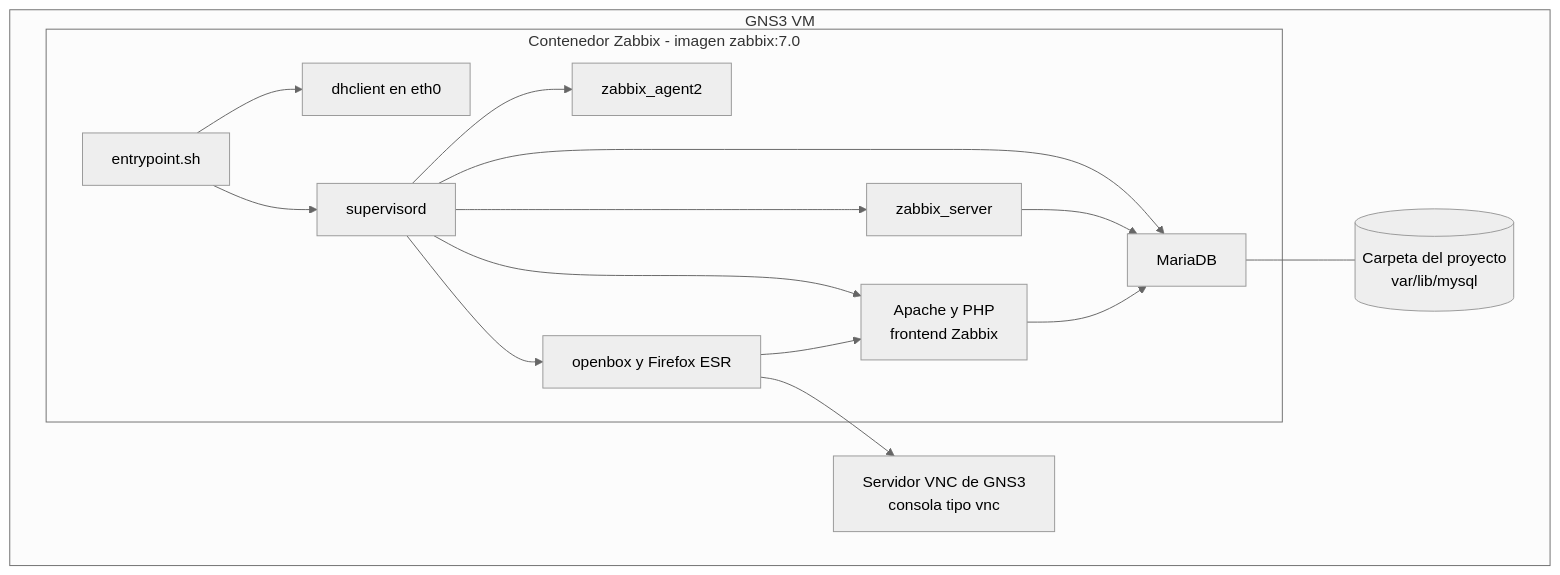
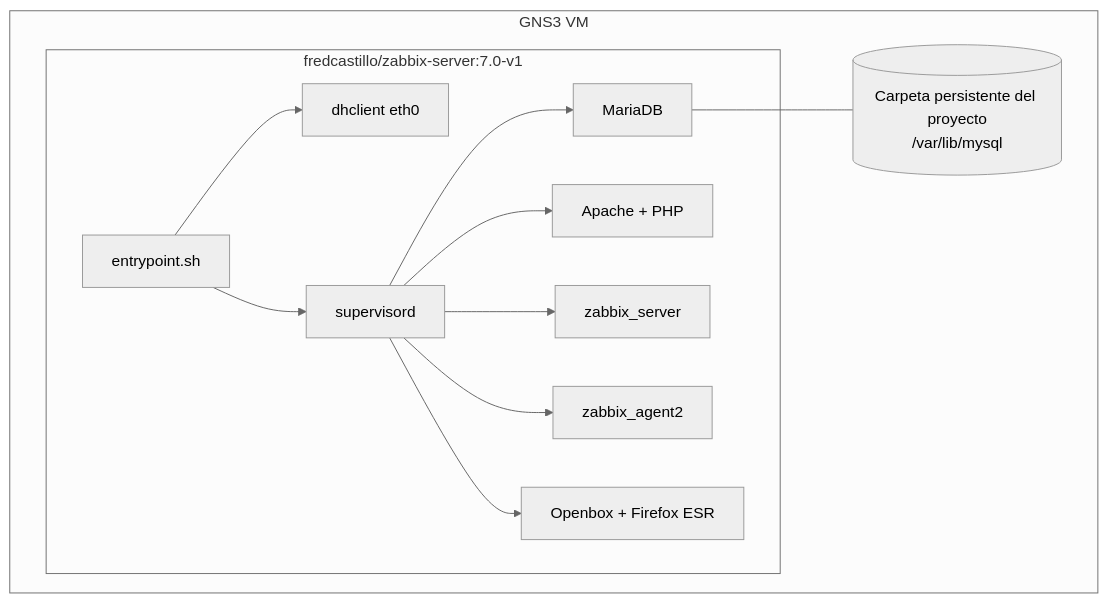
The fourth of 4 diagrams in docs/01-arquitectura.md (fredcastillo/Zabbix-SNMP-Network-Monitoring-Lab), drawn with Mermaid (neutral theme) before and after one commit. The commit also changed other lines of this file and 20 other files, not shown here.

````diff
--- a/docs/01-arquitectura.md
+++ b/docs/01-arquitectura.md
@@ -82,29 +78,24 @@
 ```mermaid
 graph TB
     subgraph GNS3["GNS3 VM"]
-        VNC["Servidor VNC de GNS3<br/>consola tipo vnc"]
-        VOL[("Carpeta del proyecto<br/>var/lib/mysql")]
-        subgraph C["Contenedor Zabbix - imagen zabbix:7.0"]
+        VOL[("Carpeta persistente del proyecto<br/>/var/lib/mysql")]
+        subgraph C["fredcastillo/zabbix-server:7.0-v1"]
             ENT["entrypoint.sh"]
             SUP["supervisord"]
             DB["MariaDB"]
-            WEB["Apache y PHP<br/>frontend Zabbix"]
+            WEB["Apache + PHP"]
             ZS["zabbix_server"]
             ZA["zabbix_agent2"]
-            GUI["openbox y Firefox ESR"]
-            DHC["dhclient en eth0"]
+            GUI["Openbox + Firefox ESR"]
+            DHCP["dhclient eth0"]
         end
     end
-    ENT --> DHC
+    ENT --> DHCP
     ENT --> SUP
     SUP --> DB
     SUP --> WEB
     SUP --> ZS
     SUP --> ZA
     SUP --> GUI
-    ZS --> DB
-    WEB --> DB
-    GUI --> WEB
-    GUI --> VNC
     DB --- VOL
 ```
````
